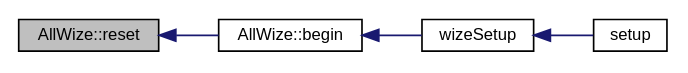
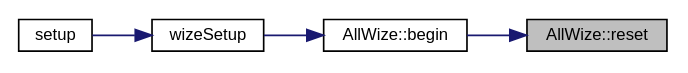
Before and after one commit to AllWize/allwize: the diagram in docs/classAllWize_a8ea0b58caedcde0af56ffc5547cb84a3_icgraph.dot, drawn with Graphviz. The commit also changed 1467 other files, not shown here.

```diff
--- a/docs/classAllWize_a8ea0b58caedcde0af56ffc5547cb84a3_icgraph.dot
+++ b/docs/classAllWize_a8ea0b58caedcde0af56ffc5547cb84a3_icgraph.dot
@@ -1,13 +1,14 @@
 digraph "AllWize::reset"
 {
+ // LATEX_PDF_SIZE
   edge [fontname="Helvetica",fontsize="10",labelfontname="Helvetica",labelfontsize="10"];
   node [fontname="Helvetica",fontsize="10",shape=record];
-  rankdir="LR";
-  Node1255 [label="AllWize::reset",height=0.2,width=0.4,color="black", fillcolor="grey75", style="filled", fontcolor="black"];
-  Node1255 -> Node1256 [dir="back",color="midnightblue",fontsize="10",style="solid",fontname="Helvetica"];
-  Node1256 [label="AllWize::begin",height=0.2,width=0.4,color="black", fillcolor="white", style="filled",URL="$classAllWize.html#a221a7145fd37d4c5fccb786a74d9ceaa",tooltip="Inits the module communications. "];
-  Node1256 -> Node1257 [dir="back",color="midnightblue",fontsize="10",style="solid",fontname="Helvetica"];
-  Node1257 [label="wizeSetup",height=0.2,width=0.4,color="black", fillcolor="white", style="filled",URL="$wize_8h.html#a6bd811aed13d28451110ad176dabf3c4"];
-  Node1257 -> Node1258 [dir="back",color="midnightblue",fontsize="10",style="solid",fontname="Helvetica"];
-  Node1258 [label="setup",height=0.2,width=0.4,color="black", fillcolor="white", style="filled",URL="$main_8cpp.html#a4fc01d736fe50cf5b977f755b675f11d"];
+  rankdir="RL";
+  Node1 [label="AllWize::reset",height=0.2,width=0.4,color="black", fillcolor="grey75", style="filled", fontcolor="black",tooltip="Resets the radio module."];
+  Node1 -> Node2 [dir="back",color="midnightblue",fontsize="10",style="solid",fontname="Helvetica"];
+  Node2 [label="AllWize::begin",height=0.2,width=0.4,color="black", fillcolor="white", style="filled",URL="$classAllWize.html#a221a7145fd37d4c5fccb786a74d9ceaa",tooltip="Inits the module communications."];
+  Node2 -> Node3 [dir="back",color="midnightblue",fontsize="10",style="solid",fontname="Helvetica"];
+  Node3 [label="wizeSetup",height=0.2,width=0.4,color="black", fillcolor="white", style="filled",URL="$wize_8h.html#a6bd811aed13d28451110ad176dabf3c4",tooltip=" "];
+  Node3 -> Node4 [dir="back",color="midnightblue",fontsize="10",style="solid",fontname="Helvetica"];
+  Node4 [label="setup",height=0.2,width=0.4,color="black", fillcolor="white", style="filled",URL="$main_8cpp.html#a4fc01d736fe50cf5b977f755b675f11d",tooltip=" "];
 }
```
